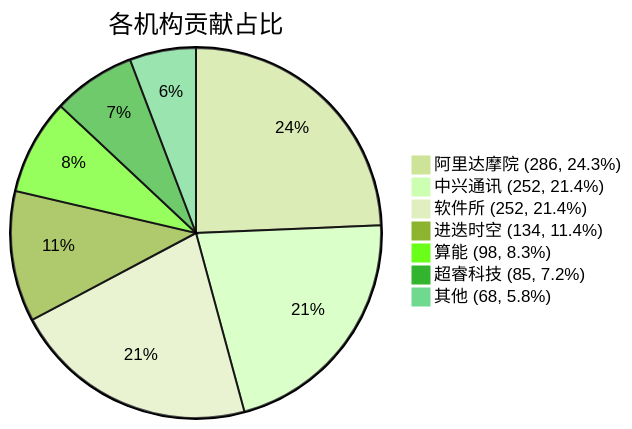
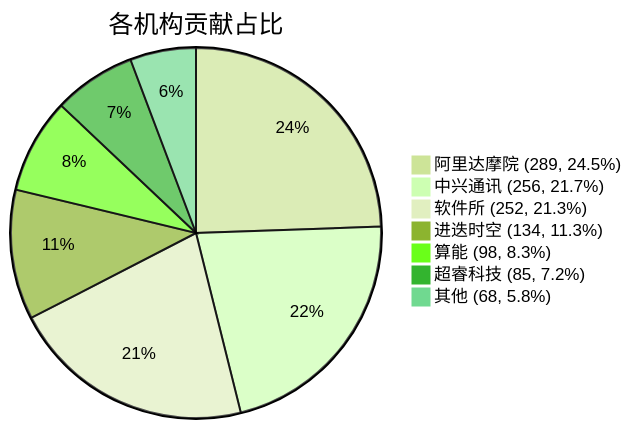
Before and after one commit to RVCK-Project/rvck: the diagram in docs/index.md, drawn with Mermaid (forest theme). The commit also changed other lines of this file and 20 other files, not shown here.

````diff
--- a/docs/index.md
+++ b/docs/index.md
@@ -39,10 +39,10 @@
 ```mermaid
 pie title 各机构贡献占比
-    "阿里达摩院 (286, 24.3%)" : 286
-    "中兴通讯 (252, 21.4%)" : 252
-    "软件所 (252, 21.4%)" : 252
-    "进迭时空 (134, 11.4%)" : 134
+    "阿里达摩院 (289, 24.5%)" : 289
+    "中兴通讯 (256, 21.7%)" : 256
+    "软件所 (252, 21.3%)" : 252
+    "进迭时空 (134, 11.3%)" : 134
     "算能 (98, 8.3%)" : 98
     "超睿科技 (85, 7.2%)" : 85
     "其他 (68, 5.8%)" : 68
 ```
````
